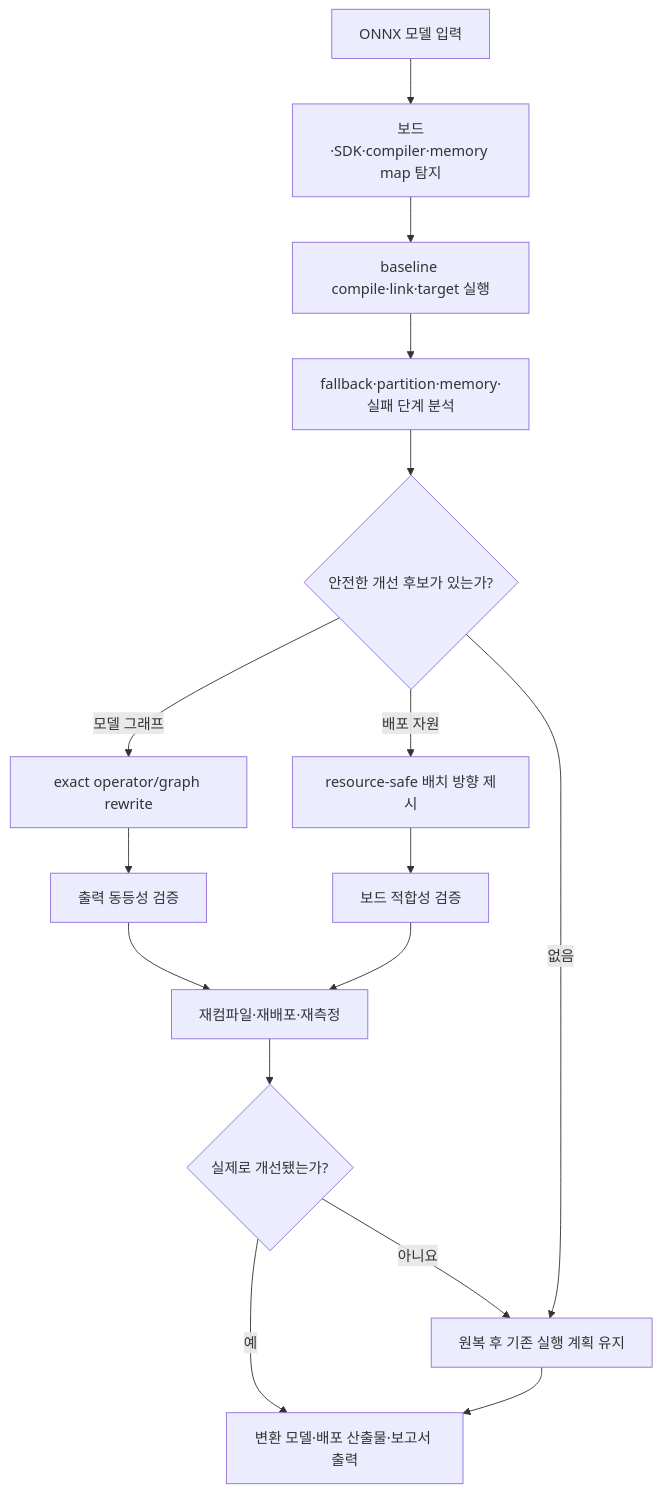
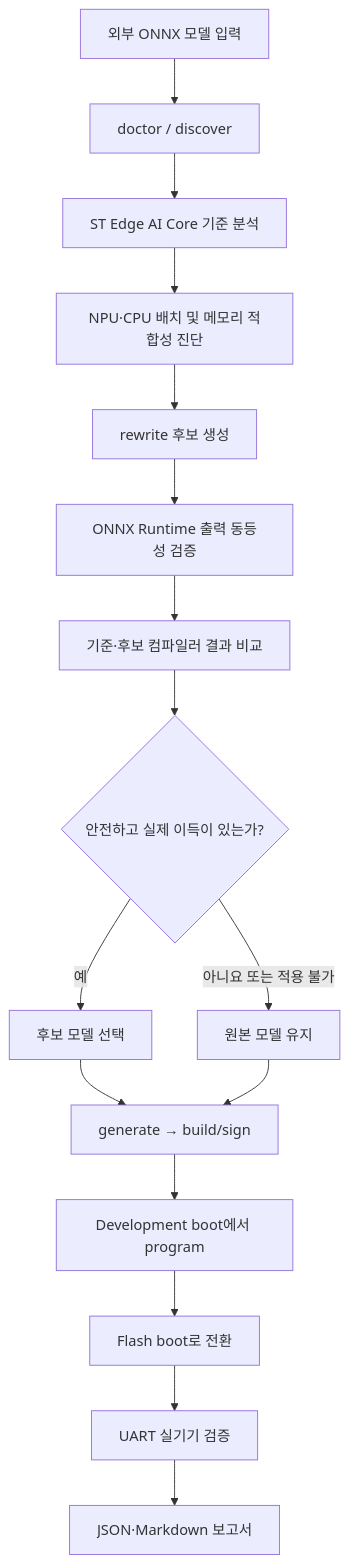
The diagram in README.md (eodudrepublic/Accelerator-aware-Rewriting-and-Operator-compatible-Neural-Adaptation), drawn with Mermaid before and after one commit. The commit also changed other lines of this file, not shown here.

````diff
--- a/README.md
+++ b/README.md
@@ -36,18 +59,18 @@
 ```mermaid
 flowchart TD
-    A["ONNX 모델 입력"] --> B["보드·SDK·compiler·memory map 탐지"]
-    B --> C["baseline compile·link·target 실행"]
-    C --> D["fallback·partition·memory·실패 단계 분석"]
-    D --> E{"안전한 개선 후보가 있는가?"}
-    E -- "모델 그래프" --> F["exact operator/graph rewrite"]
-    E -- "배포 자원" --> G["resource-safe 배치 방향 제시"]
-    F --> H["출력 동등성 검증"]
-    G --> I["보드 적합성 검증"]
-    H --> J["재컴파일·재배포·재측정"]
-    I --> J
-    J --> K{"실제로 개선됐는가?"}
-    K -- "예" --> L["변환 모델·배포 산출물·보고서 출력"]
-    K -- "아니요" --> M["원복 후 기존 실행 계획 유지"]
-    E -- "없음" --> M
-    M --> L
+    A["외부 ONNX 모델 입력"] --> B["doctor / discover"]
+    B --> C["ST Edge AI Core 기준 분석"]
+    C --> D["NPU·CPU 배치 및 메모리 적합성 진단"]
+    D --> E["rewrite 후보 생성"]
+    E --> F["ONNX Runtime 출력 동등성 검증"]
+    F --> G["기준·후보 컴파일러 결과 비교"]
+    G --> H{"안전하고 실제 이득이 있는가?"}
+    H -- "예" --> I["후보 모델 선택"]
+    H -- "아니요 또는 적용 불가" --> J["원본 모델 유지"]
+    I --> K["generate → build/sign"]
+    J --> K
+    K --> L["Development boot에서 program"]
+    L --> M["Flash boot로 전환"]
+    M --> N["UART 실기기 검증"]
+    N --> O["JSON·Markdown 보고서"]
 ```
````
